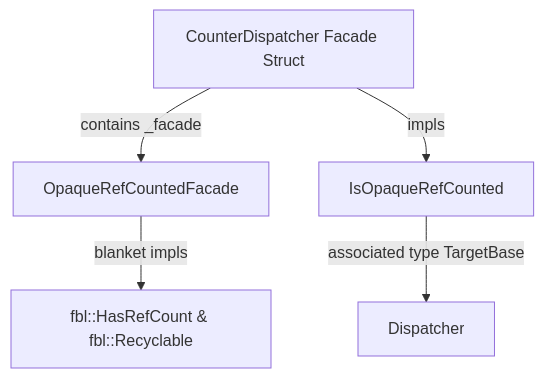
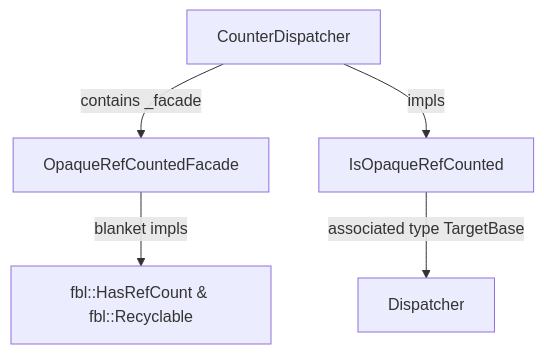
The first of 2 diagrams in zircon/skills/cpp-to-rust-dispatcher/SKILL.md (lachlanmackenzie1234/fuchsia), drawn with Mermaid before and after one commit. The commit also changed other lines of this file and 4 other files, not shown here.

````diff
--- a/zircon/skills/cpp-to-rust-dispatcher/SKILL.md
+++ b/zircon/skills/cpp-to-rust-dispatcher/SKILL.md
@@ -60,7 +60,7 @@
 ```mermaid
 graph TD
-    Subtype[CounterDispatcher Facade Struct] -->|contains _facade| Facade[OpaqueRefCountedFacade<Dispatcher>]
+    Subtype[CounterDispatcher] -->|contains _facade| Facade[OpaqueRefCountedFacade<Dispatcher>]
     Subtype -->|impls| IsOpaque[IsOpaqueRefCounted]
     IsOpaque -->|associated type TargetBase| Base[Dispatcher]
     Facade -->|blanket impls| RefCount[fbl::HasRefCount & fbl::Recyclable]
 ```
````
